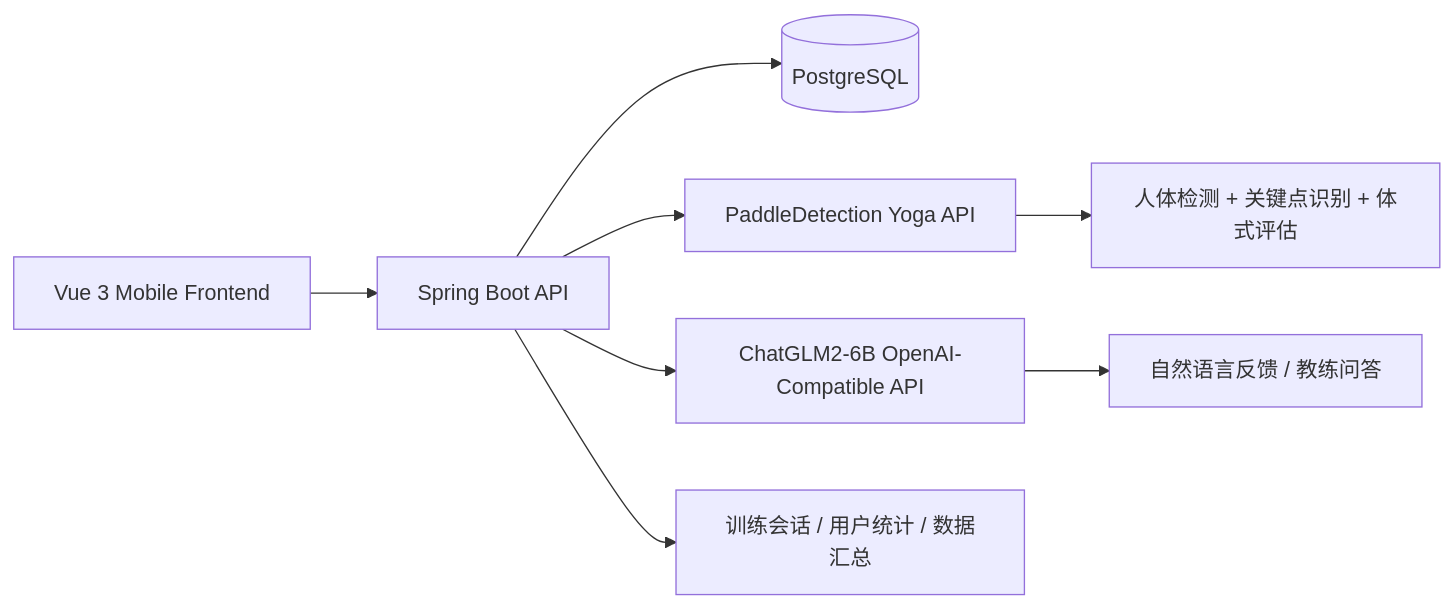
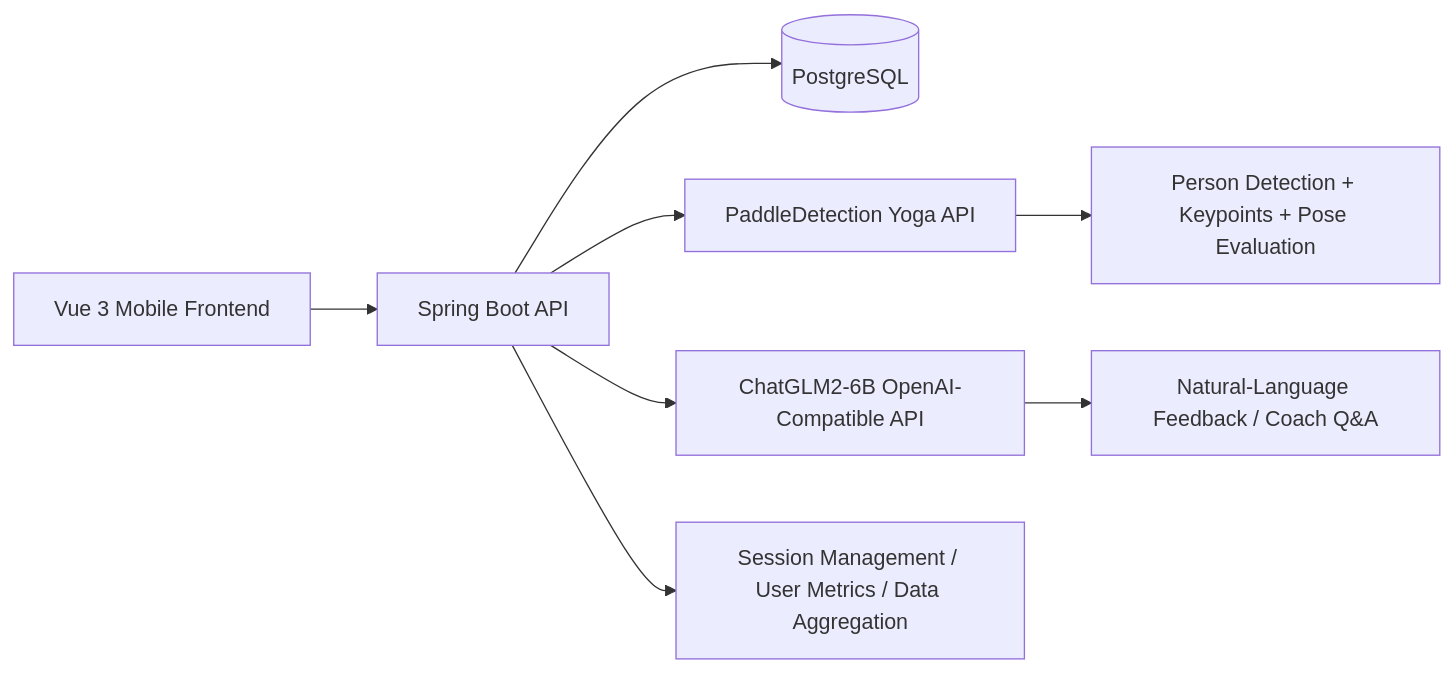
One commit to bbd66/yogaforge-ai changed the diagram in README.md. Above: the diagram before and after it, drawn with Mermaid. The commit also changed other lines of this file, not shown here.

````diff
--- a/README.md
+++ b/README.md
@@ -94,10 +94,10 @@
 ```mermaid
 flowchart LR
     A[Vue 3 Mobile Frontend] --> B[Spring Boot API]
     B --> C[(PostgreSQL)]
     B --> D[PaddleDetection Yoga API]
     B --> E[ChatGLM2-6B OpenAI-Compatible API]
-    D --> F[人体检测 + 关键点识别 + 体式评估]
-    E --> G[自然语言反馈 / 教练问答]
-    B --> H[训练会话 / 用户统计 / 数据汇总]
+    D --> F[Person Detection + Keypoints + Pose Evaluation]
+    E --> G[Natural-Language Feedback / Coach Q&A]
+    B --> H[Session Management / User Metrics / Data Aggregation]
 ```
````
